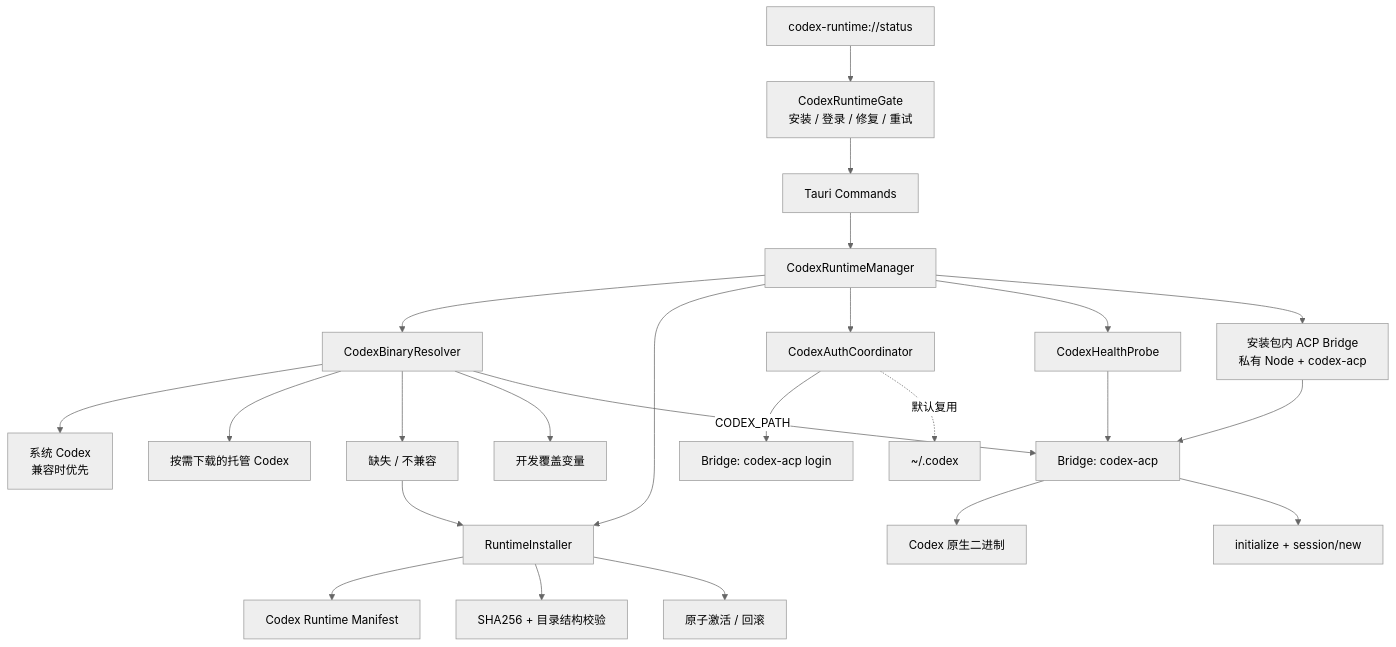
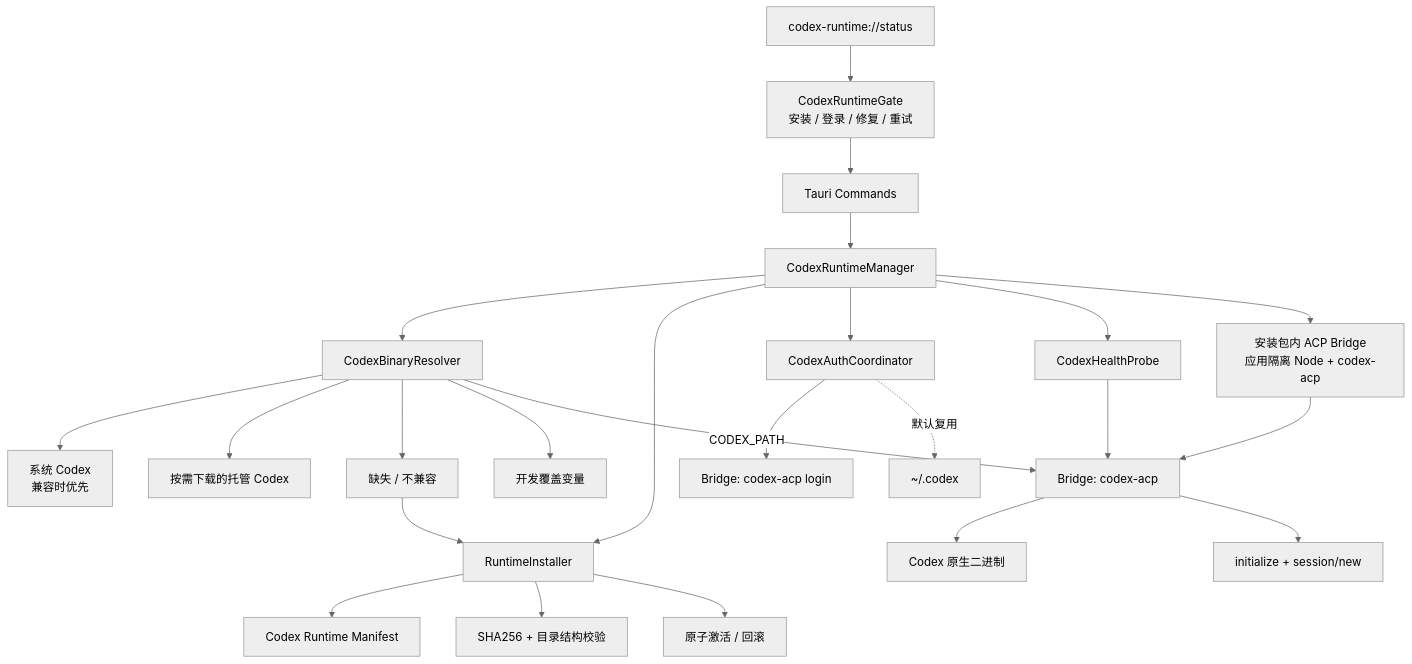
Before and after one commit to Pinvou/pinvou-agent: the first of 2 diagrams in docs/Codex-ACP-运行环境与首次使用设计.md, drawn with Mermaid (neutral theme). The commit also changed other lines of this file and 14 other files, not shown here.

````diff
--- a/docs/Codex-ACP-运行环境与首次使用设计.md
+++ b/docs/Codex-ACP-运行环境与首次使用设计.md
@@ -133,35 +133,35 @@
 ```mermaid
 flowchart TB
   UI[CodexRuntimeGate<br/>安装 / 登录 / 修复 / 重试]
   Commands[Tauri Commands]
   Events[codex-runtime://status]
 
   UI --> Commands
   Events --> UI
 
   Commands --> Manager[CodexRuntimeManager]
   Manager --> Resolver[CodexBinaryResolver]
   Manager --> Installer[RuntimeInstaller]
   Manager --> Auth[CodexAuthCoordinator]
   Manager --> Probe[CodexHealthProbe]
 
-  Manager --> Bridge[安装包内 ACP Bridge<br/>私有 Node + codex-acp]
+  Manager --> Bridge[安装包内 ACP Bridge<br/>应用隔离 Node + codex-acp]
   Resolver --> System[系统 Codex<br/>兼容时优先]
   Resolver --> Managed[按需下载的托管 Codex]
   Resolver --> Missing[缺失 / 不兼容]
   Resolver --> Override[开发覆盖变量]
 
   Missing --> Installer
   Installer --> Manifest[Codex Runtime Manifest]
   Installer --> Verify[SHA256 + 目录结构校验]
   Installer --> Activate[原子激活 / 回滚]
 
   Auth --> ACPLogin[Bridge: codex-acp login]
   Auth -. 默认复用 .-> CodexHome[~/.codex]
 
   Probe --> Adapter[Bridge: codex-acp]
   Bridge --> Adapter
   Resolver -->|CODEX_PATH| Adapter
   Adapter --> Codex[Codex 原生二进制]
   Adapter --> ACP[initialize + session/new]
 ```
````
